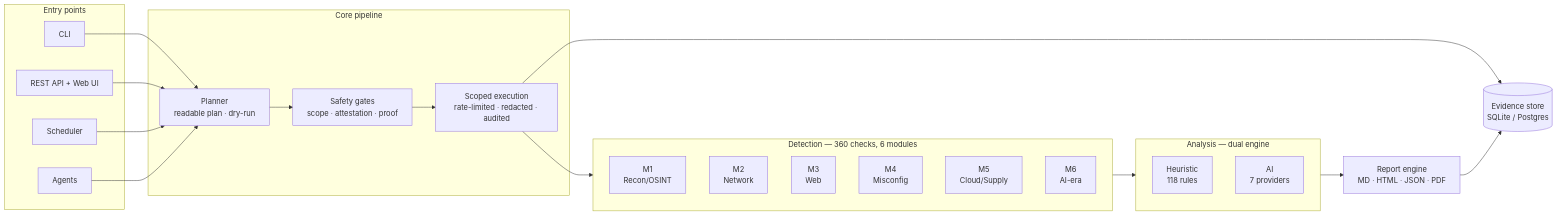
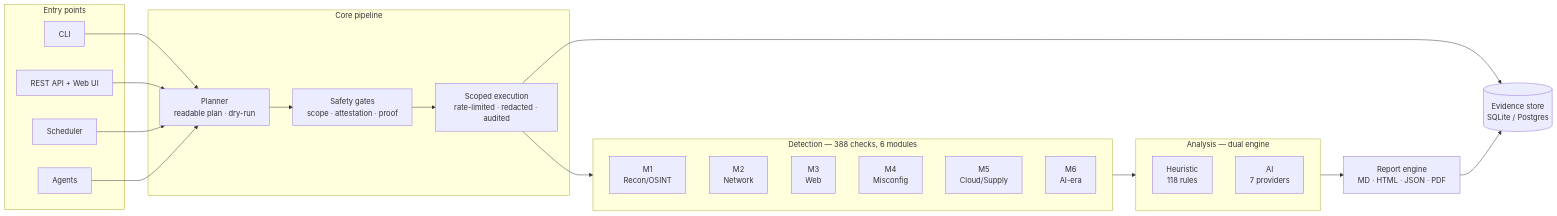
Before and after one commit to 0xFE1C/ARACHNE: the first of 2 diagrams in README.md, drawn with Mermaid. The commit also changed other lines of this file and 26 other files, not shown here.

````diff
--- a/README.md
+++ b/README.md
@@ -60,40 +60,40 @@
 ```mermaid
 flowchart LR
     subgraph entry["Entry points"]
         CLI["CLI"]
         API["REST API + Web UI"]
         SCH["Scheduler"]
         AGT["Agents"]
     end
     subgraph pipeline["Core pipeline"]
         PLAN["Planner<br/>readable plan · dry-run"]
         GATES["Safety gates<br/>scope · attestation · proof"]
         RUN["Scoped execution<br/>rate-limited · redacted · audited"]
     end
-    subgraph modules["Detection — 360 checks, 6 modules"]
+    subgraph modules["Detection — 388 checks, 6 modules"]
         M1["M1<br/>Recon/OSINT"]
         M2["M2<br/>Network"]
         M3["M3<br/>Web"]
         M4["M4<br/>Misconfig"]
         M5["M5<br/>Cloud/Supply"]
         M6["M6<br/>AI-era"]
     end
     subgraph engines["Analysis — dual engine"]
         HEUR["Heuristic<br/>118 rules"]
         AIE["AI<br/>7 providers"]
     end
     REP["Report engine<br/>MD · HTML · JSON · PDF"]
     DB[("Evidence store<br/>SQLite / Postgres")]
 
     CLI --> PLAN
     API --> PLAN
     SCH --> PLAN
     AGT --> PLAN
     PLAN --> GATES
     GATES --> RUN
     RUN --> modules
     modules --> engines
     engines --> REP
     RUN --> DB
     REP --> DB
 ```
````
